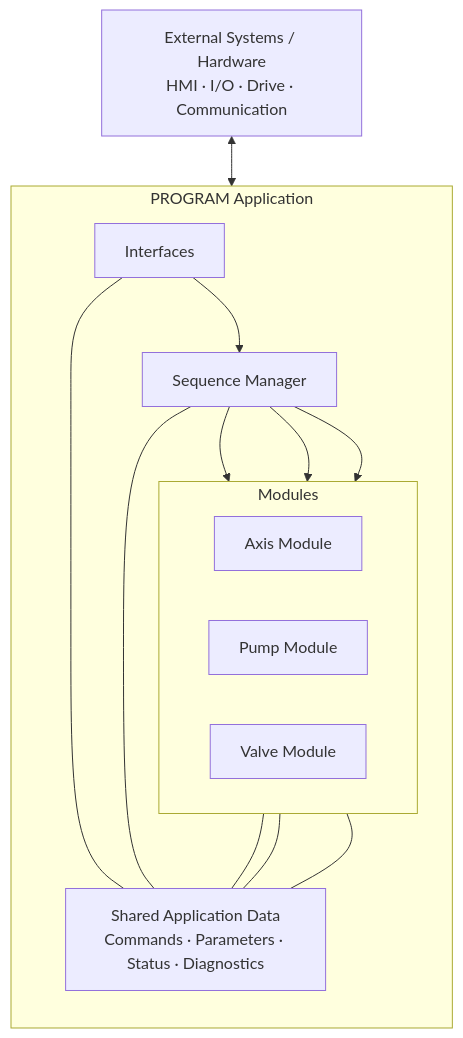
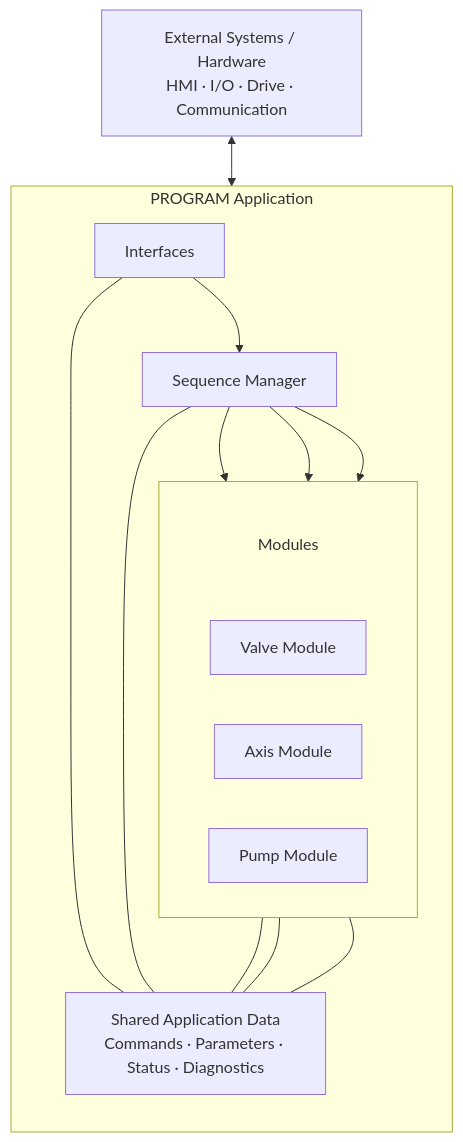
The diagram in diagrams/application_architecture.md (RangelovZ/spray-bar-machine-reference), drawn with Mermaid before and after one commit.

Commit message:
Adjust modules label placement in architecture diagram

````diff
--- a/diagrams/application_architecture.md
+++ b/diagrams/application_architecture.md
@@ -5,33 +5,36 @@
 ```mermaid
 flowchart TB
     EXT["External Systems / Hardware<br/>HMI · I/O · Drive · Communication"]
 
     subgraph APP["PROGRAM Application"]
         direction TB
 
         IF["Interfaces"]
         MGR["Sequence Manager"]
 
-        subgraph MOD["Modules"]
+        subgraph MOD[" "]
             direction LR
+            MODTITLE["Modules"]
+            VALVE["Valve Module"]
             AXIS["Axis Module"]
             PUMP["Pump Module"]
-            VALVE["Valve Module"]
         end
+
+        style MODTITLE fill:transparent,stroke:transparent
 
         DATA["Shared Application Data<br/>Commands · Parameters · Status · Diagnostics"]
 
         IF --> MGR
         MGR --> AXIS
         MGR --> PUMP
         MGR --> VALVE
 
         IF --- DATA
         MGR --- DATA
         AXIS --- DATA
         PUMP --- DATA
         VALVE --- DATA
     end
 
     EXT <--> IF
 ```
````
